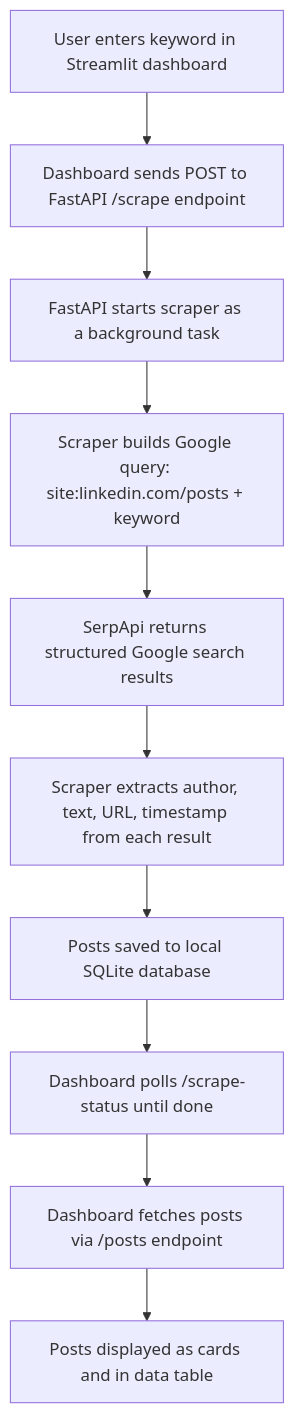
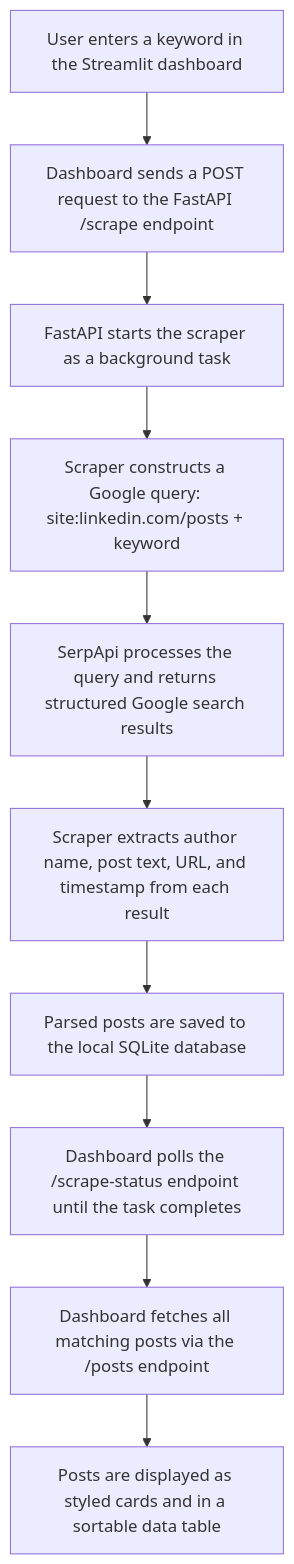
Before and after one commit to sakshepathak/LinkedIn-post-Scraper: the diagram in README.md, drawn with Mermaid. The commit also changed other lines of this file and 1 other file, not shown here.

````diff
--- a/README.md
+++ b/README.md
@@ -56,12 +42,12 @@
 ```mermaid
 flowchart TD
-    A["User enters keyword in Streamlit dashboard"] --> B["Dashboard sends POST to FastAPI /scrape endpoint"]
-    B --> C["FastAPI starts scraper as a background task"]
-    C --> D["Scraper builds Google query: site:linkedin.com/posts + keyword"]
-    D --> E["SerpApi returns structured Google search results"]
-    E --> F["Scraper extracts author, text, URL, timestamp from each result"]
-    F --> G["Posts saved to local SQLite database"]
-    G --> H["Dashboard polls /scrape-status until done"]
-    H --> I["Dashboard fetches posts via /posts endpoint"]
-    I --> J["Posts displayed as cards and in data table"]
+    A["User enters a keyword in the Streamlit dashboard"] --> B["Dashboard sends a POST request to the FastAPI /scrape endpoint"]
+    B --> C["FastAPI starts the scraper as a background task"]
+    C --> D["Scraper constructs a Google query: site:linkedin.com/posts + keyword"]
+    D --> E["SerpApi processes the query and returns structured Google search results"]
+    E --> F["Scraper extracts author name, post text, URL, and timestamp from each result"]
+    F --> G["Parsed posts are saved to the local SQLite database"]
+    G --> H["Dashboard polls the /scrape-status endpoint until the task completes"]
+    H --> I["Dashboard fetches all matching posts via the /posts endpoint"]
+    I --> J["Posts are displayed as styled cards and in a sortable data table"]
 ```
````
